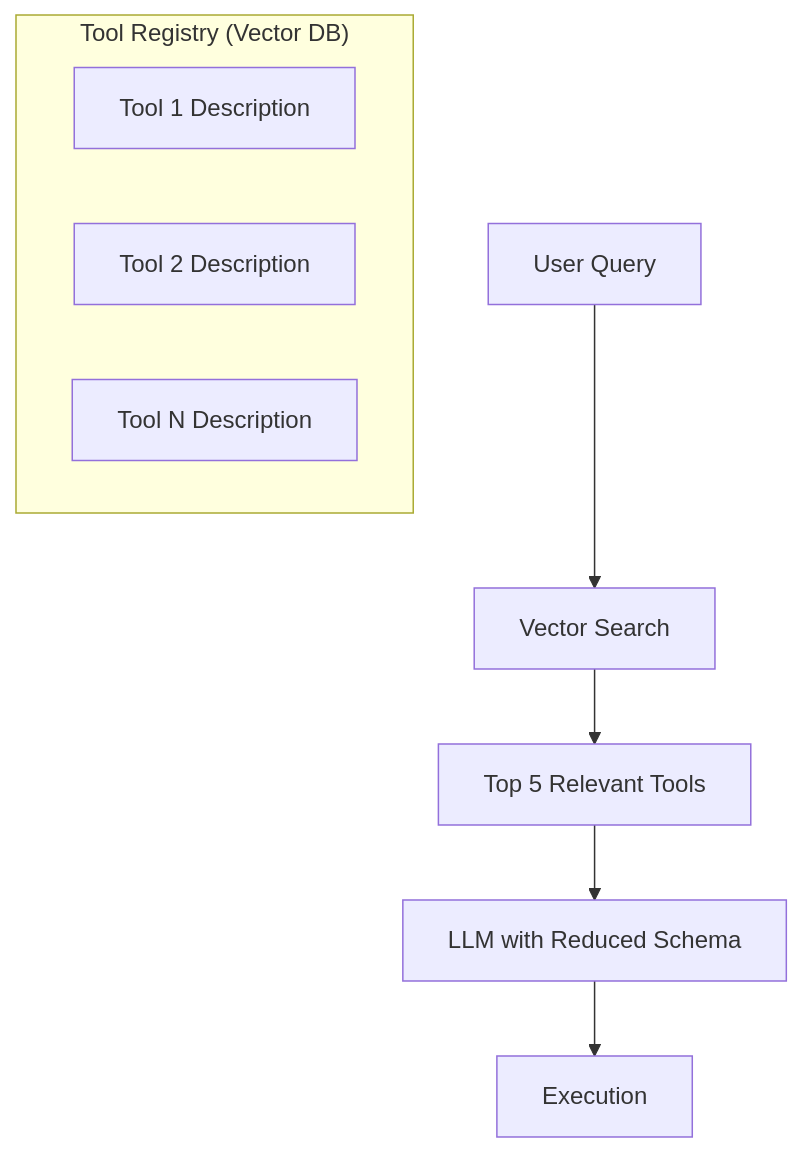
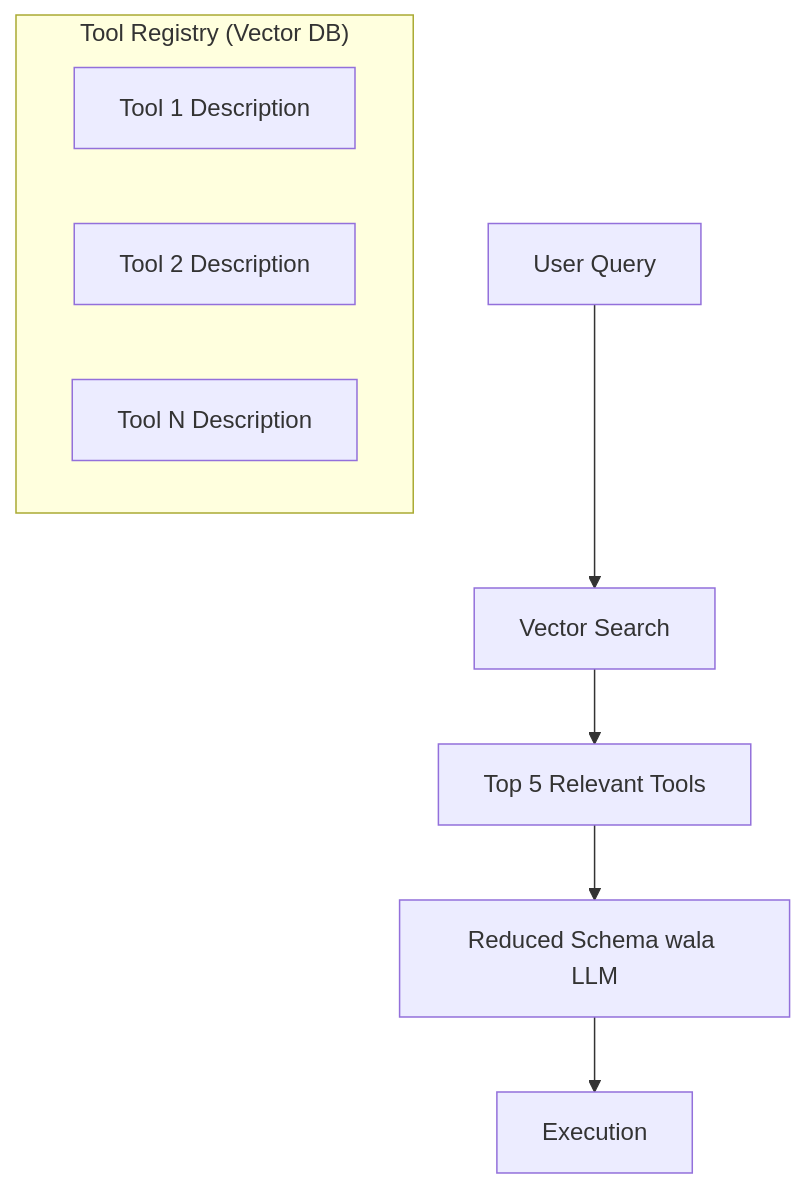
One commit to Sameer-Malik20/SusaGPT-Build-LLM-From-Scratch-With-Hinglish-Learning-Material changed the diagram in docs/agentic_ai_learning/03_Tool_Use_and_Function_Calling/Dynamic_Tool_Selection.md. Above: the diagram before and after it, drawn with Mermaid. The commit also changed other lines of this file and 25 other files, not shown here.

````diff
--- a/docs/agentic_ai_learning/03_Tool_Use_and_Function_Calling/Dynamic_Tool_Selection.md
+++ b/docs/agentic_ai_learning/03_Tool_Use_and_Function_Calling/Dynamic_Tool_Selection.md
@@ -33,12 +33,12 @@
 ```mermaid
 graph TD
     U[User Query] --> V[Vector Search]
     subgraph "Tool Registry (Vector DB)"
     T1[Tool 1 Description]
     T2[Tool 2 Description]
     TN[Tool N Description]
     end
     V --> R[Top 5 Relevant Tools]
-    R --> L[LLM with Reduced Schema]
+    R --> L[Reduced Schema wala LLM]
     L --> Call[Execution]
 ```
````
